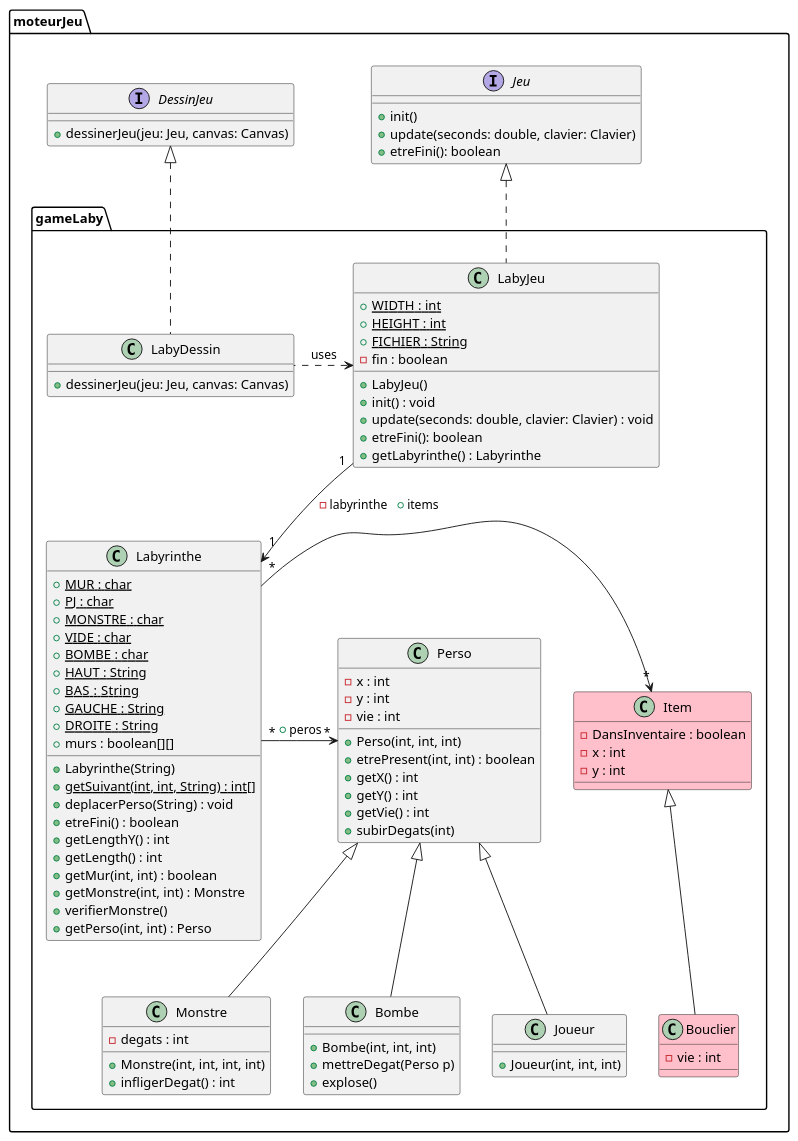
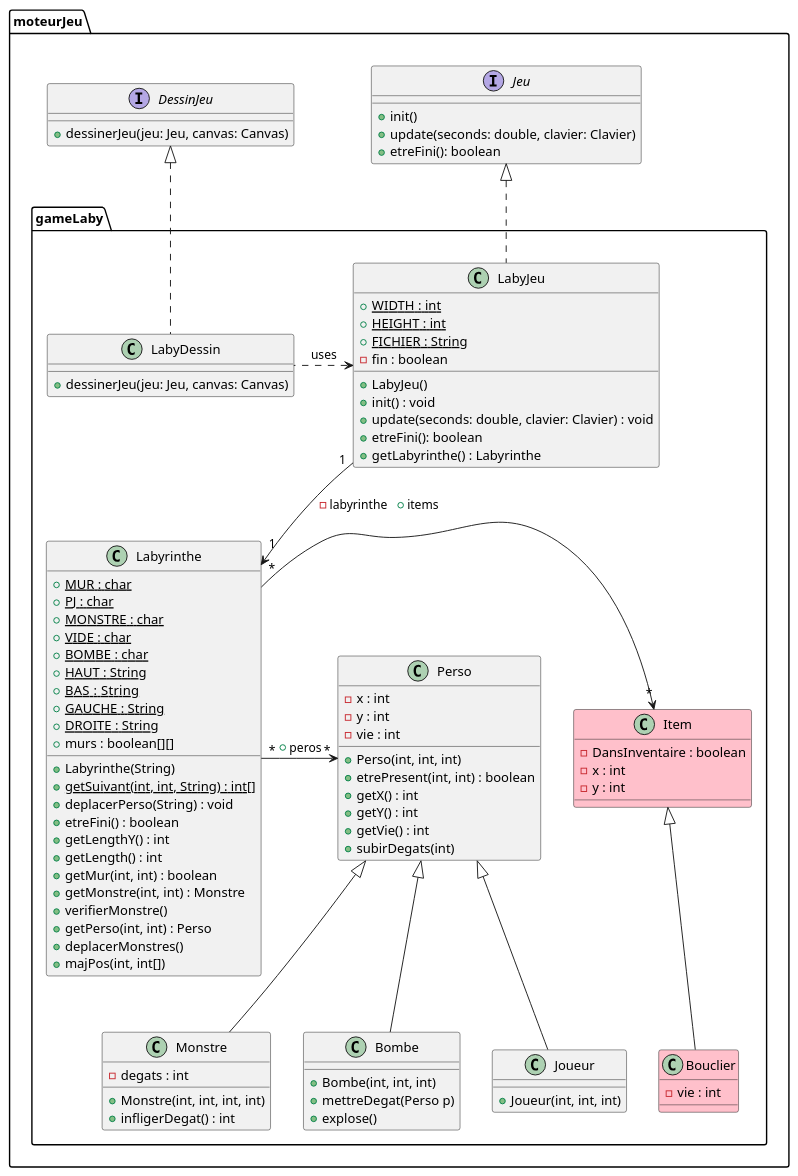
Before and after one commit to Packingdustry/2024_Zeldiablo_massoncl1u_delaborde2u_e2074u_marti1228u_e2920u: the diagram in projet_zeldiablo/documents/version_3/diag_classe_v3.puml, drawn with PlantUML. The commit also changed 1 other file, not shown here.

```diff
--- a/projet_zeldiablo/documents/version_3/diag_classe_v3.puml
+++ b/projet_zeldiablo/documents/version_3/diag_classe_v3.puml
@@ -1,106 +1,108 @@
 @startuml
 package moteurJeu {
 
 interface Jeu{
 + init()
 + update(seconds: double, clavier: Clavier)
 + etreFini(): boolean
 }
 
 
 interface DessinJeu {
 + dessinerJeu(jeu: Jeu, canvas: Canvas)
 }
 
 package gameLaby{
 
 class LabyJeu{
 + {static} WIDTH : int
 + {static} HEIGHT : int
 + {static} FICHIER : String
 - fin : boolean
 + LabyJeu()
 + init() : void
 + update(seconds: double, clavier: Clavier) : void
 + etreFini(): boolean
 + getLabyrinthe() : Labyrinthe
 }
 
 class Labyrinthe {
   + {static} MUR : char
   + {static} PJ : char
   + {static} MONSTRE : char
   + {static} VIDE : char
   + {static} BOMBE : char
   + {static} HAUT : String
   + {static} BAS  : String
   + {static} GAUCHE : String
   + {static} DROITE : String
   + murs : boolean[][]
   + Labyrinthe(String)
   + {static} getSuivant(int, int, String) : int[]
   + deplacerPerso(String) : void
   + etreFini() : boolean
   + getLengthY() : int
   + getLength() : int
   + getMur(int, int) : boolean
   + getMonstre(int, int) : Monstre
   + verifierMonstre()
   + getPerso(int, int) : Perso
+  + deplacerMonstres()
+  + majPos(int, int[])
 }
 
 
 Jeu <|.. LabyJeu
 
 
 LabyJeu "1" --> "1" Labyrinthe : -labyrinthe
 
 
 class LabyDessin{
 + dessinerJeu(jeu: Jeu, canvas: Canvas)
 }
 
 DessinJeu <|.. LabyDessin
 LabyJeu <. LabyDessin:uses
 
 class Perso {
   - x : int
   - y : int
   - vie : int
   + Perso(int, int, int)
   + etrePresent(int, int) : boolean
   + getX() : int
   + getY() : int
   + getVie() : int
   + subirDegats(int)
 }
 
 
 class Monstre extends Perso {
   - degats : int
   + Monstre(int, int, int, int)
   + infligerDegat() : int
 }
 class Bombe extends Perso {
   + Bombe(int, int, int)
   + mettreDegat(Perso p)
   + explose()
 }
 class Joueur extends Perso{
   + Joueur(int, int, int)
 }
 
 class Item #pink {
   - DansInventaire : boolean
   - x : int
   - y : int
 }
 
 class Bouclier #pink extends Item {
   - vie : int
 }
 
 Labyrinthe "*" -> "*" Item : + items
 Labyrinthe "*" -> "*" Perso : + peros
 }
 @enduml
```
